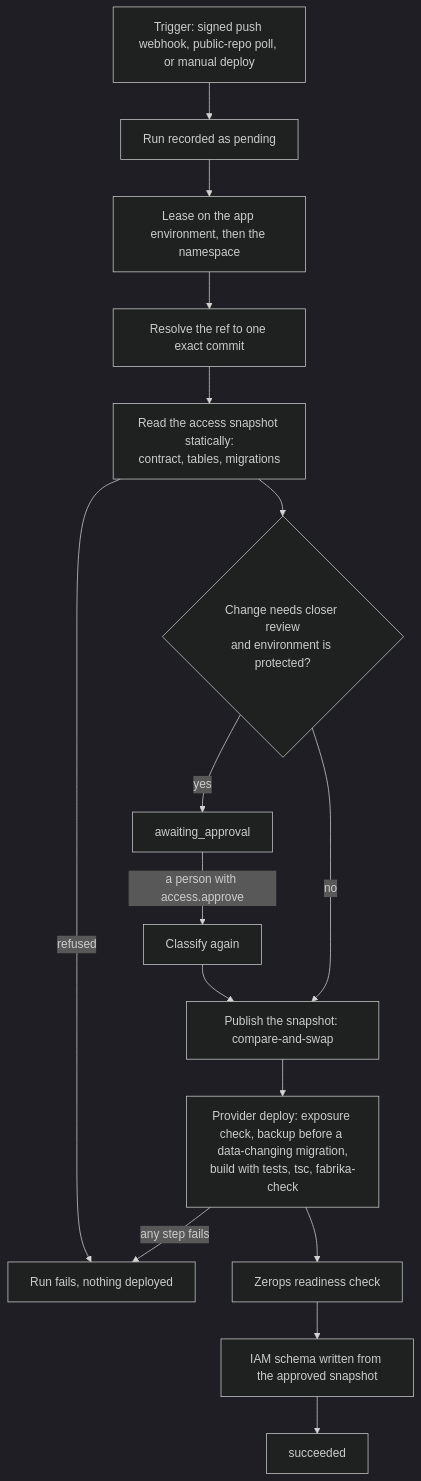
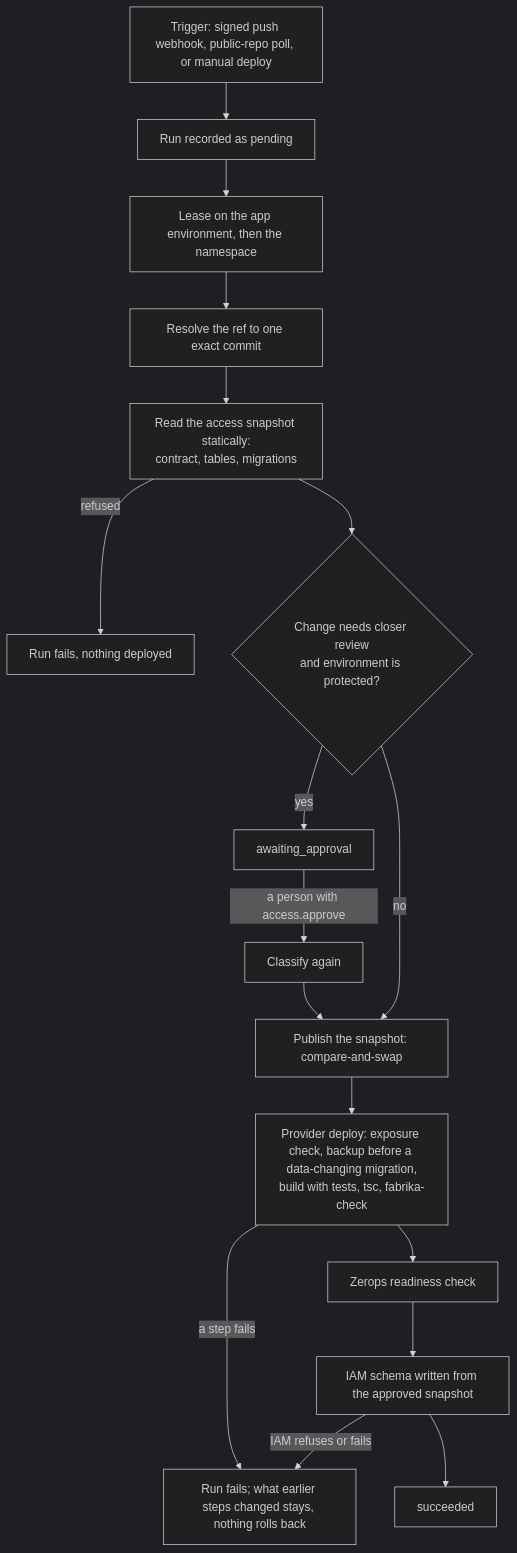
The diagram in docs/reference/security-deployment.md (contember/fabrika-platform), drawn with Mermaid (dark theme) before and after one commit. The commit also changed other lines of this file and 3 other files, not shown here.

````diff
--- a/docs/reference/security-deployment.md
+++ b/docs/reference/security-deployment.md
@@ -14,15 +15,16 @@
 ```mermaid
 flowchart TD
     T[Trigger: signed push webhook, public-repo poll, or manual deploy] --> R[Run recorded as pending]
     R --> L[Lease on the app environment, then the namespace]
     L --> S[Resolve the ref to one exact commit]
     S --> A[Read the access snapshot statically:<br/>contract, tables, migrations]
     A -->|refused| F[Run fails, nothing deployed]
     A --> C{Change needs closer review<br/>and environment is protected?}
     C -->|yes| W[awaiting_approval] -->|a person with access.approve| C2[Classify again]
     C2 --> P
     C -->|no| P[Publish the snapshot: compare-and-swap]
     P --> D[Provider deploy: exposure check, backup before a data-changing migration,<br/>build with tests, tsc, fabrika-check]
-    D -->|any step fails| F
+    D -->|a step fails| G[Run fails; what earlier steps changed stays, nothing rolls back]
     D --> H[Zerops readiness check] --> I[IAM schema written from the approved snapshot] --> OK[succeeded]
+    I -->|IAM refuses or fails| G
 ```
````
